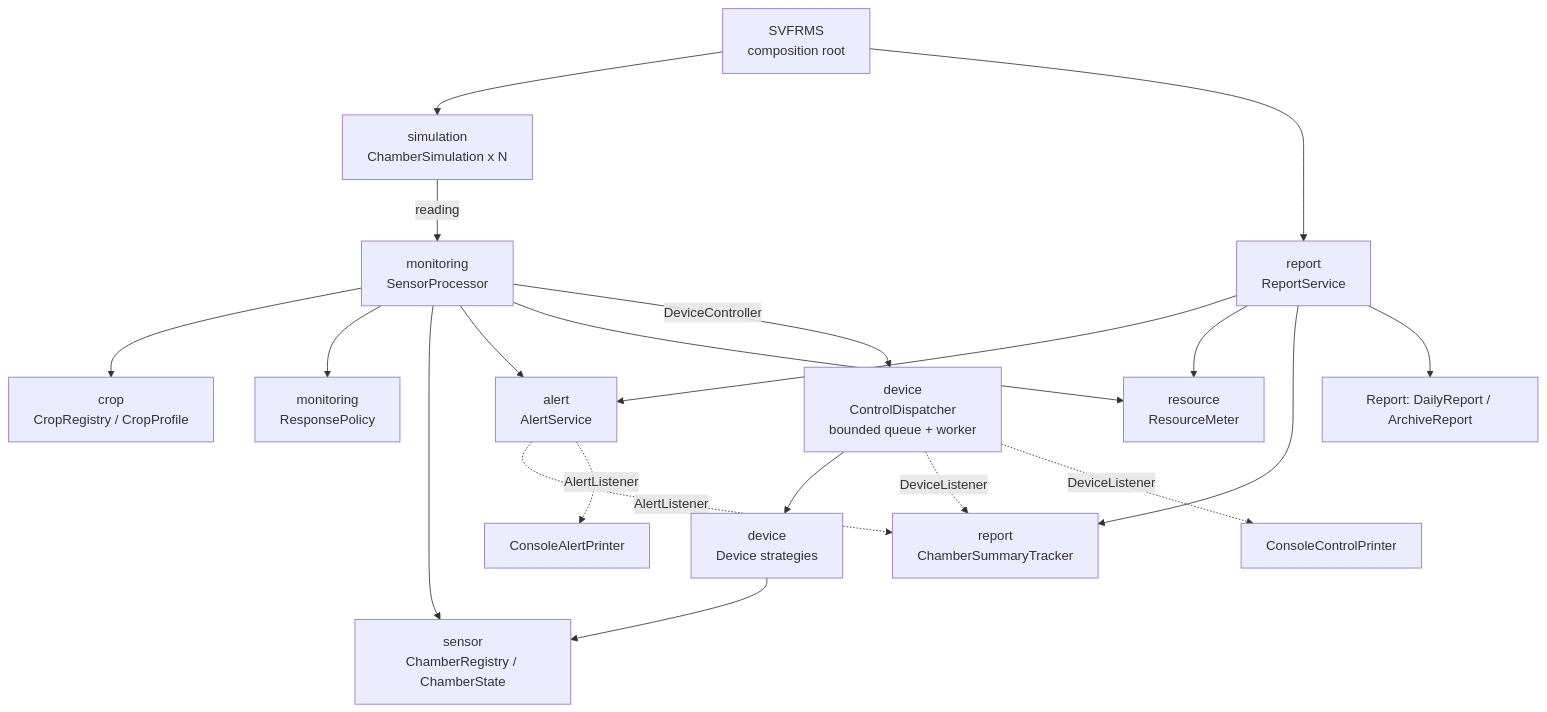
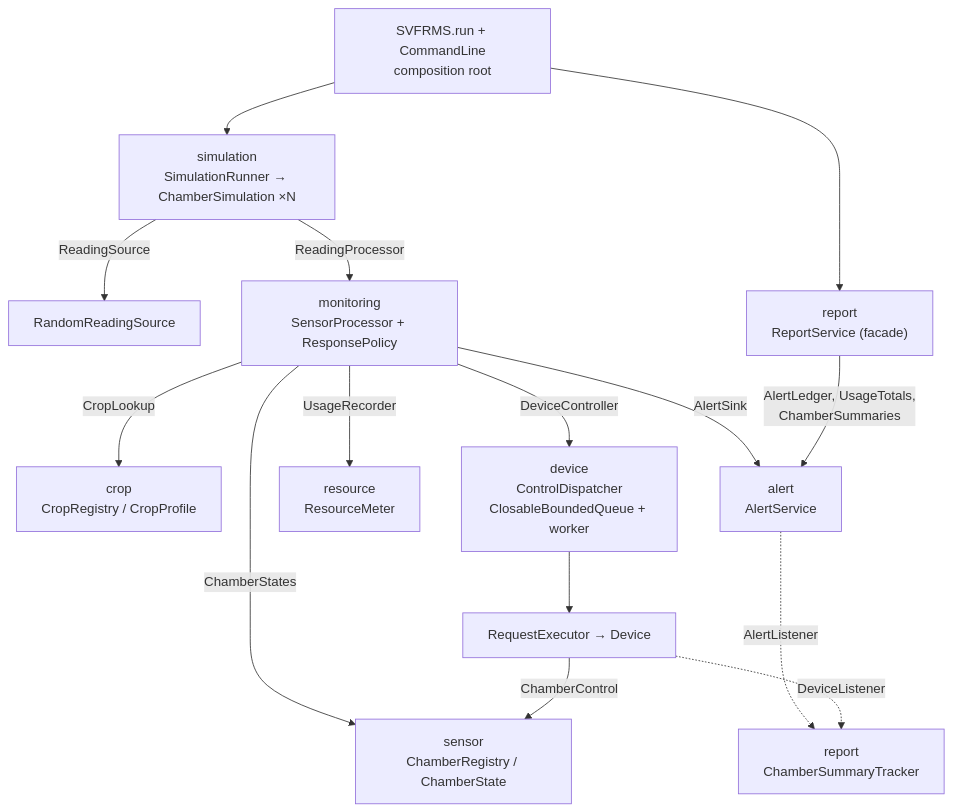
Before and after one commit to jarenlimhaan/se301-svfrms: the first of 4 diagrams in README.md, drawn with Mermaid. The commit also changed other lines of this file and 70 other files, not shown here.

````diff
--- a/README.md
+++ b/README.md
@@ -101,20 +111,17 @@
 ```mermaid
 flowchart TB
-    Main[SVFRMS<br/>composition root] --> Sim[simulation<br/>ChamberSimulation x N]
-    Sim -->|reading| SP[monitoring<br/>SensorProcessor]
-    SP --> CR[crop<br/>CropRegistry / CropProfile]
-    SP --> RP[monitoring<br/>ResponsePolicy]
-    SP --> CH[sensor<br/>ChamberRegistry / ChamberState]
-    SP --> AS[alert<br/>AlertService]
-    SP --> RM[resource<br/>ResourceMeter]
-    SP -->|DeviceController| CD[device<br/>ControlDispatcher<br/>bounded queue + worker]
-    CD --> DV[device<br/>Device strategies]
-    DV --> CH
-    AS -.AlertListener.-> CST[report<br/>ChamberSummaryTracker]
-    AS -.AlertListener.-> CAP[ConsoleAlertPrinter]
-    CD -.DeviceListener.-> CST
-    CD -.DeviceListener.-> CCP[ConsoleControlPrinter]
-    Main --> RS[report<br/>ReportService]
-    RS --> AS & RM & CST
-    RS --> RPT[Report: DailyReport / ArchiveReport]
+    Main["SVFRMS.run + CommandLine<br/>composition root"] --> Sim["simulation<br/>SimulationRunner → ChamberSimulation ×N"]
+    Sim -->|ReadingSource| RS["RandomReadingSource"]
+    Sim -->|ReadingProcessor| SP["monitoring<br/>SensorProcessor + ResponsePolicy"]
+    SP -->|CropLookup| CR["crop<br/>CropRegistry / CropProfile"]
+    SP -->|ChamberStates| CH["sensor<br/>ChamberRegistry / ChamberState"]
+    SP -->|AlertSink| AS["alert<br/>AlertService"]
+    SP -->|UsageRecorder| RM["resource<br/>ResourceMeter"]
+    SP -->|DeviceController| CD["device<br/>ControlDispatcher<br/>ClosableBoundedQueue + worker"]
+    CD --> EX["RequestExecutor → Device"]
+    EX -->|ChamberControl| CH
+    AS -.AlertListener.-> CST["report<br/>ChamberSummaryTracker"]
+    EX -.DeviceListener.-> CST
+    Main --> REP["report<br/>ReportService (facade)"]
+    REP -->|AlertLedger, UsageTotals,<br/>ChamberSummaries| AS
 ```
````
